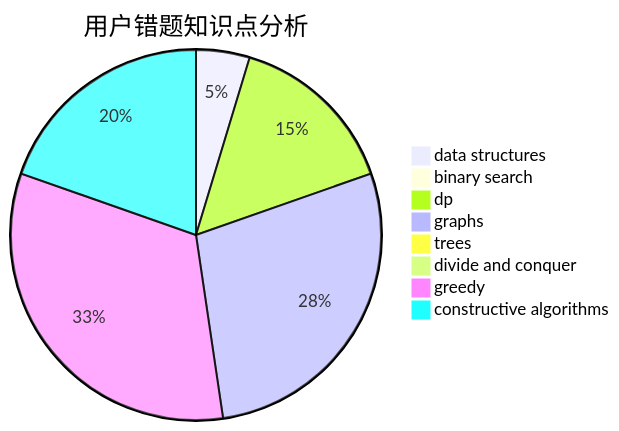
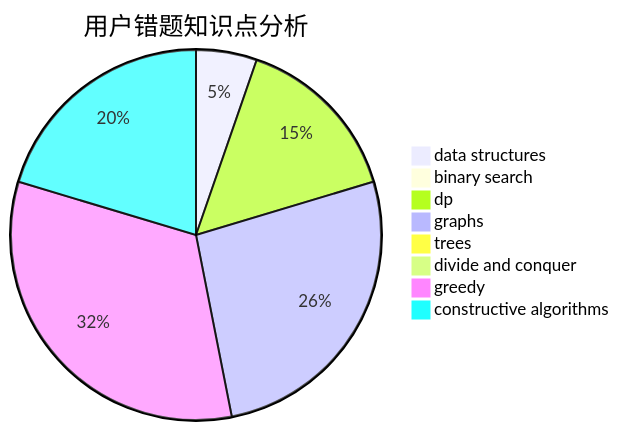
One commit to sherpahu/cfrs.github.io changed the third of 3 diagrams in docs/user/u1204.md. Above: the diagram before and after it, drawn with Mermaid. The commit also changed other lines of this file and 2770 other files, not shown here.

````diff
--- a/docs/user/u1204.md
+++ b/docs/user/u1204.md
@@ -36,11 +36,11 @@
 ```mermaid
 pie title 用户错题知识点分析
-    "data structures" :  5
-    "binary search" :  0
-    "dp" :  16
+    "data structures" :  6
+    "binary search" :  1
+    "dp" :  17
     "graphs" :  30
     "trees" :  0
     "divide and conquer" :  0
-    "greedy" :  35
-    "constructive algorithms" :  21
+    "greedy" :  37
+    "constructive algorithms" :  23
 ```
````
